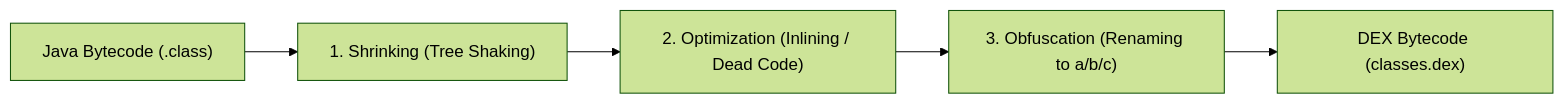
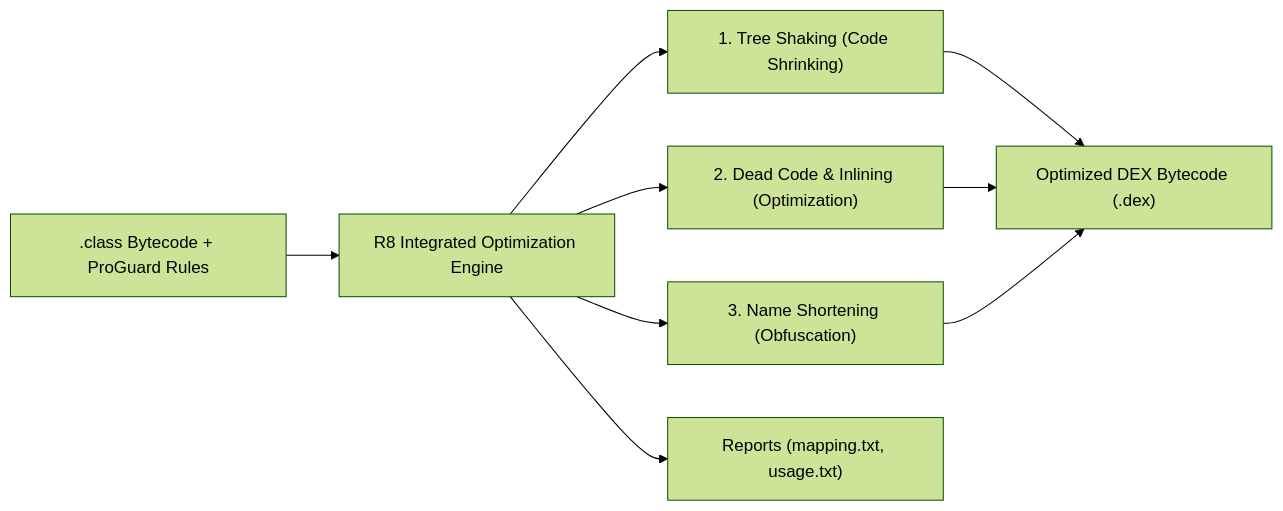
The diagram in 01_inbox/mobile/android/03_packaging_deployment/optimization/build-optimization-contracts/r8-shrinks-optimizes-and-obfuscates-release-builds.md (youngmin-gwon/what-i-studied), drawn with Mermaid (forest theme) before and after one commit. The commit also changed other lines of this file and 134 other files, not shown here.

````diff
--- a/01_inbox/mobile/android/03_packaging_deployment/optimization/build-optimization-contracts/r8-shrinks-optimizes-and-obfuscates-release-builds.md
+++ b/01_inbox/mobile/android/03_packaging_deployment/optimization/build-optimization-contracts/r8-shrinks-optimizes-and-obfuscates-release-builds.md
@@ -19,7 +29,9 @@
 ```mermaid
 flowchart LR
-    InputClass["Java Bytecode (.class)"] --> TreeShaking["1. Shrinking (Tree Shaking)"]
-    TreeShaking --> Optimization["2. Optimization (Inlining / Dead Code)"]
-    Optimization --> Obfuscation["3. Obfuscation (Renaming to a/b/c)"]
-    Obfuscation --> DEXOutput["DEX Bytecode (classes.dex)"]
+    Bytecode[".class Bytecode + ProGuard Rules"] --> R8Engine["R8 Integrated Optimization Engine"]
+    R8Engine --> TreeShaking["1. Tree Shaking (Code Shrinking)"]
+    R8Engine --> Inlining["2. Dead Code & Inlining (Optimization)"]
+    R8Engine --> Renaming["3. Name Shortening (Obfuscation)"]
+    TreeShaking & Inlining & Renaming --> FinalDEX["Optimized DEX Bytecode (.dex)"]
+    R8Engine --> Reports["Reports (mapping.txt, usage.txt)"]
 ```
````
